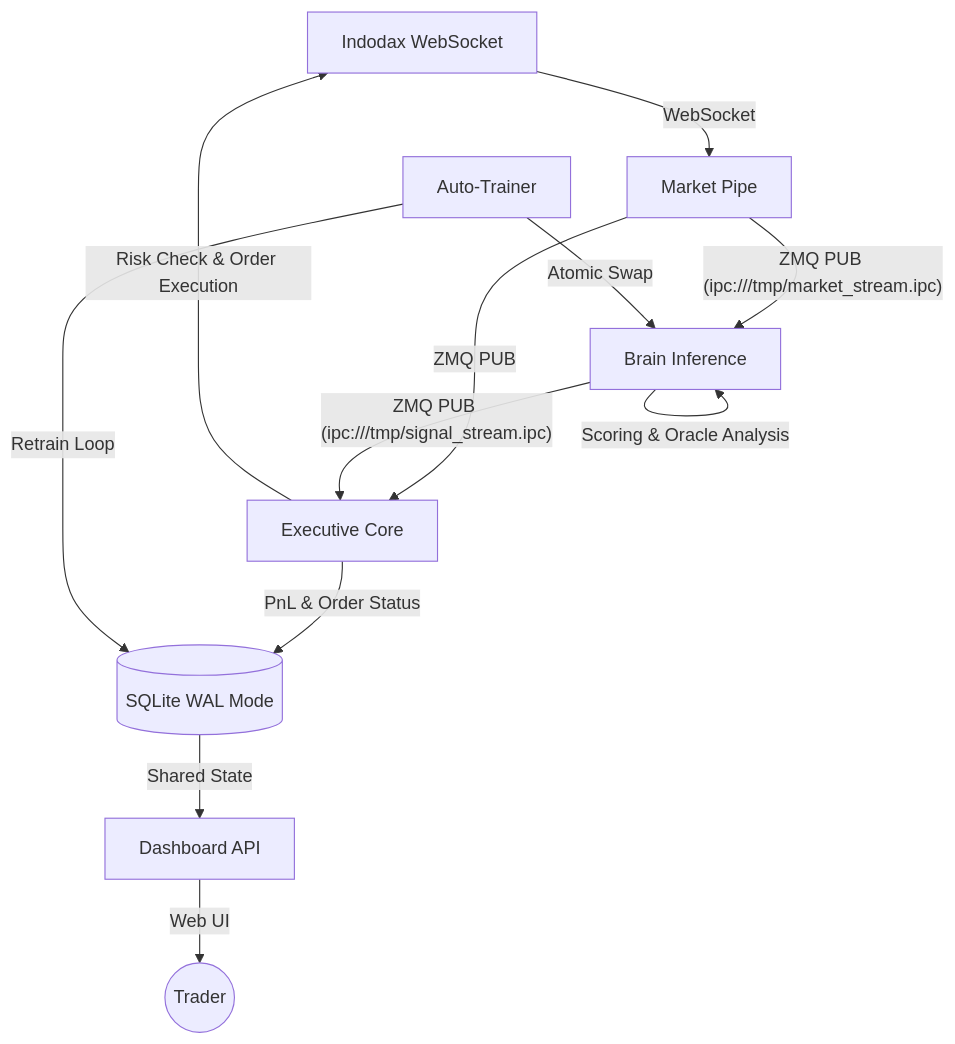
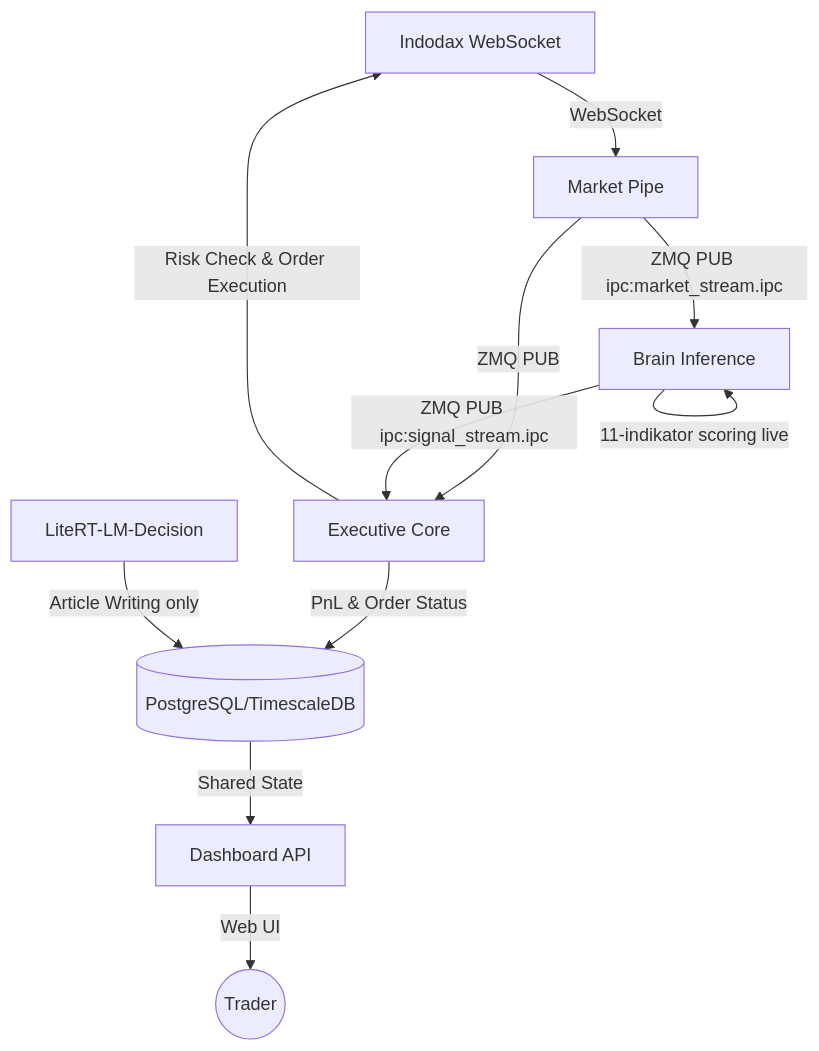
One commit to masterchan234/algovibe changed the diagram in README.md. Above: the diagram before and after it, drawn with Mermaid. The commit also changed other lines of this file and 1 other file, not shown here.

````diff
--- a/README.md
+++ b/README.md
@@ -22,18 +22,18 @@
 ```mermaid
 graph TD
     ID[Indodax WebSocket] -- WebSocket --> MP[Market Pipe]
-    MP -- ZMQ PUB (ipc:///tmp/market_stream.ipc) --> BI[Brain Inference]
+    MP -- ZMQ PUB ipc:market_stream.ipc --> BI[Brain Inference]
     MP -- ZMQ PUB --> EC[Executive Core]
-    
-    BI -- Scoring & Oracle Analysis --> BI
-    BI -- ZMQ PUB (ipc:///tmp/signal_stream.ipc) --> EC
-    
+
+    BI -- in-memory price history --> BI
+    BI -- 11-indikator scoring live --> BI
+    BI -- ZMQ PUB ipc:signal_stream.ipc --> EC
+
     EC -- Risk Check & Order Execution --> ID
-    EC -- PnL & Order Status --> DB[(SQLite WAL Mode)]
-    
+    EC -- PnL & Order Status --> DB[(PostgreSQL/TimescaleDB)]
+
     DB -- Shared State --> DA[Dashboard API]
     DA -- Web UI --> User((Trader))
-    
-    TR[Auto-Trainer] -- Retrain Loop --> DB
-    TR -- Atomic Swap --> BI
+
+    LLM[LiteRT-LM-Decision] -- Article Writing only --> DB
 ```
````
